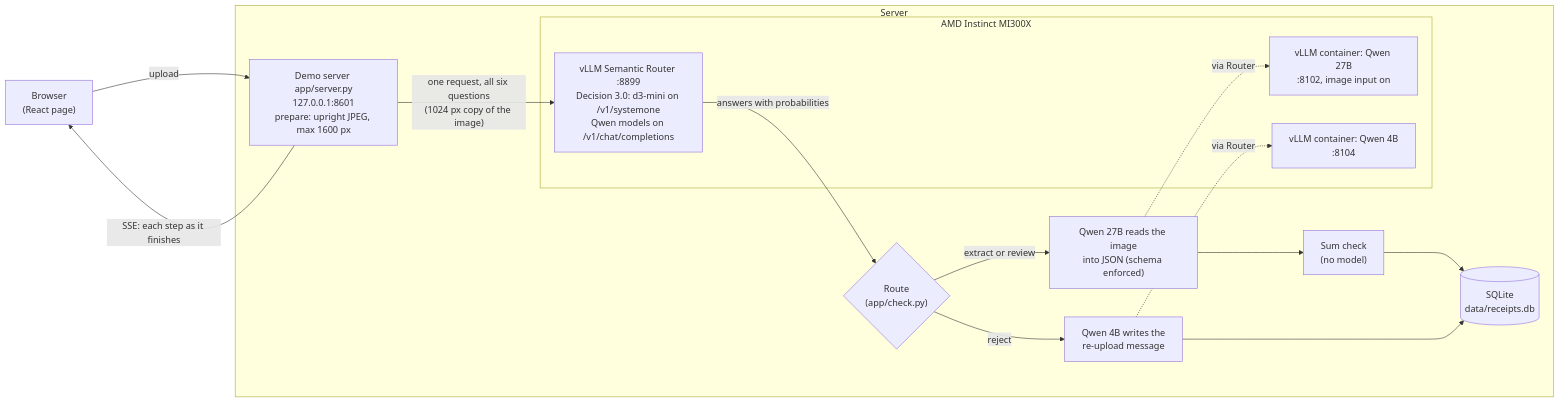
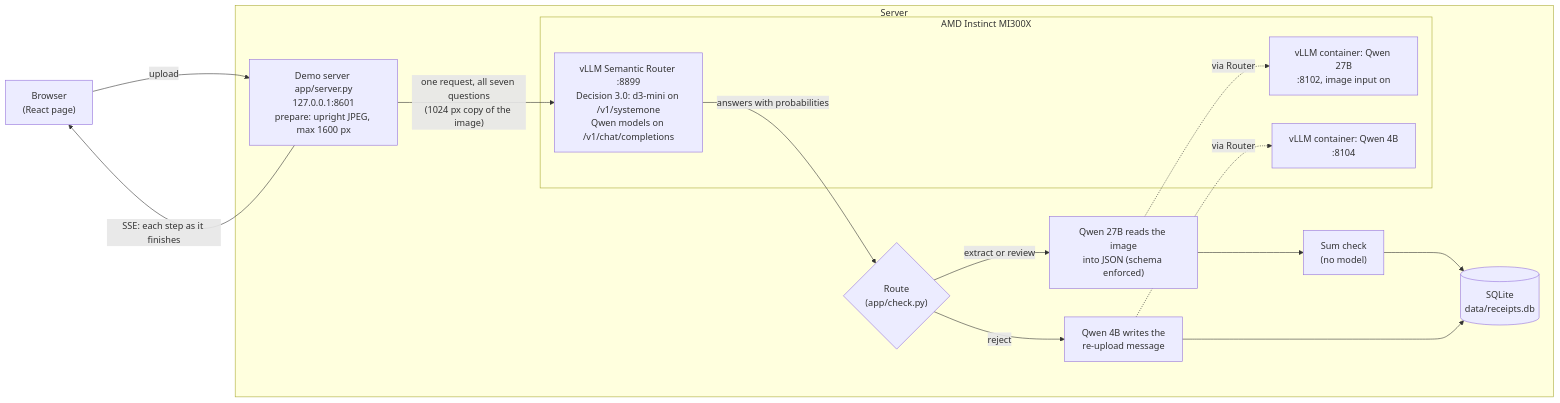
The diagram in README.md (madhusoodhans/receipt-validator-demo), drawn with Mermaid before and after one commit. The commit also changed other lines of this file and 44 other files, not shown here.

````diff
--- a/README.md
+++ b/README.md
@@ -133,29 +124,29 @@
 ```mermaid
 flowchart LR
     B["Browser<br/>(React page)"]
 
     subgraph host["Server"]
         S["Demo server app/server.py<br/>127.0.0.1:8601<br/>prepare: upright JPEG, max 1600 px"]
         D{"Route<br/>(app/check.py)"}
         X["Qwen 27B reads the image<br/>into JSON (schema enforced)"]
         M["Qwen 4B writes the<br/>re-upload message"]
         SUM["Sum check<br/>(no model)"]
         DB[("SQLite<br/>data/receipts.db")]
         subgraph gpu["AMD Instinct MI300X"]
             R["vLLM Semantic Router :8899<br/>Decision 3.0: d3-mini on /v1/systemone<br/>Qwen models on /v1/chat/completions"]
             Q27["vLLM container: Qwen 27B<br/>:8102, image input on"]
             Q4["vLLM container: Qwen 4B<br/>:8104"]
         end
     end
 
     B -->|upload| S
     S -->|"SSE: each step as it finishes"| B
-    S -->|"one request, all six questions<br/>(1024 px copy of the image)"| R
+    S -->|"one request, all seven questions<br/>(1024 px copy of the image)"| R
     R -->|"answers with probabilities"| D
     D -->|"extract or review"| X
     D -->|reject| M
     X -.->|via Router| Q27
     M -.->|via Router| Q4
     X --> SUM --> DB
     M --> DB
 ```
````
